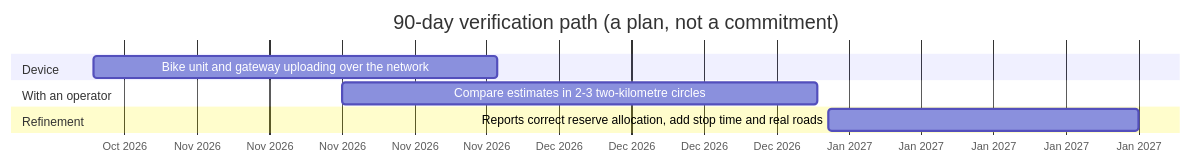
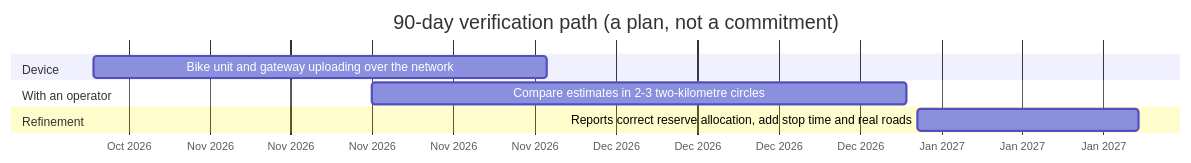
Before and after one commit to jiarong0423/unseen-bikes-dispatch: the seventh of 7 diagrams in README.md, drawn with Mermaid. The commit also changed other lines of this file and 12 other files, not shown here.

````diff
--- a/README.md
+++ b/README.md
@@ -242,12 +246,12 @@
 ```mermaid
 gantt
     title 90-day verification path (a plan, not a commitment)
     dateFormat YYYY-MM-DD
     axisFormat %b %Y
     section Device
     Bike unit and gateway uploading over the network :2026-10-22, 2026-11-30
     section With an operator
     Compare estimates in 2-3 two-kilometre circles :2026-11-15, 2026-12-31
     section Refinement
-    Reports correct reserve allocation, add stop time and real roads :2027-01-01, 2027-01-31
+    Reports correct reserve allocation, add stop time and real roads :2027-01-01, 2027-01-20
 ```
````
